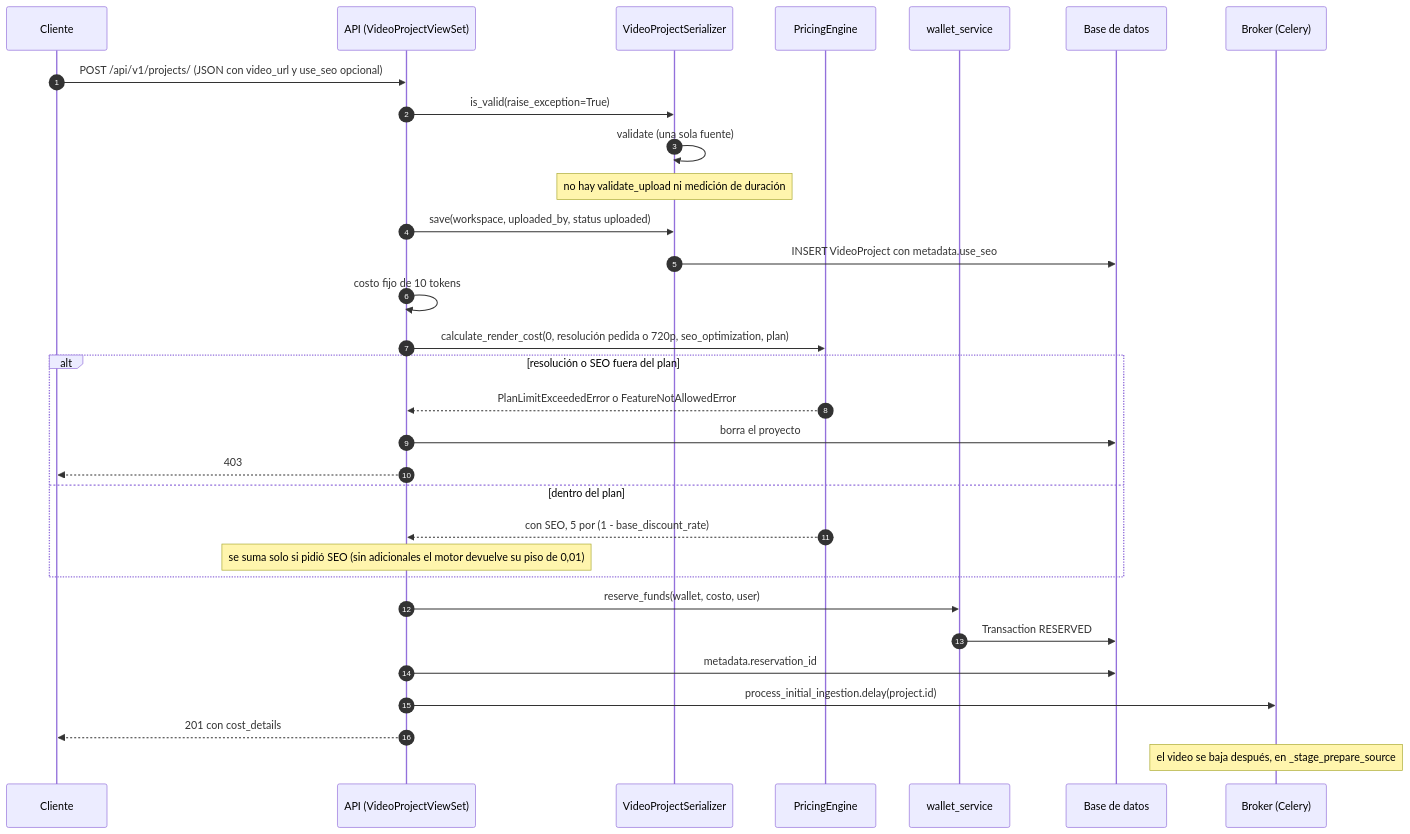
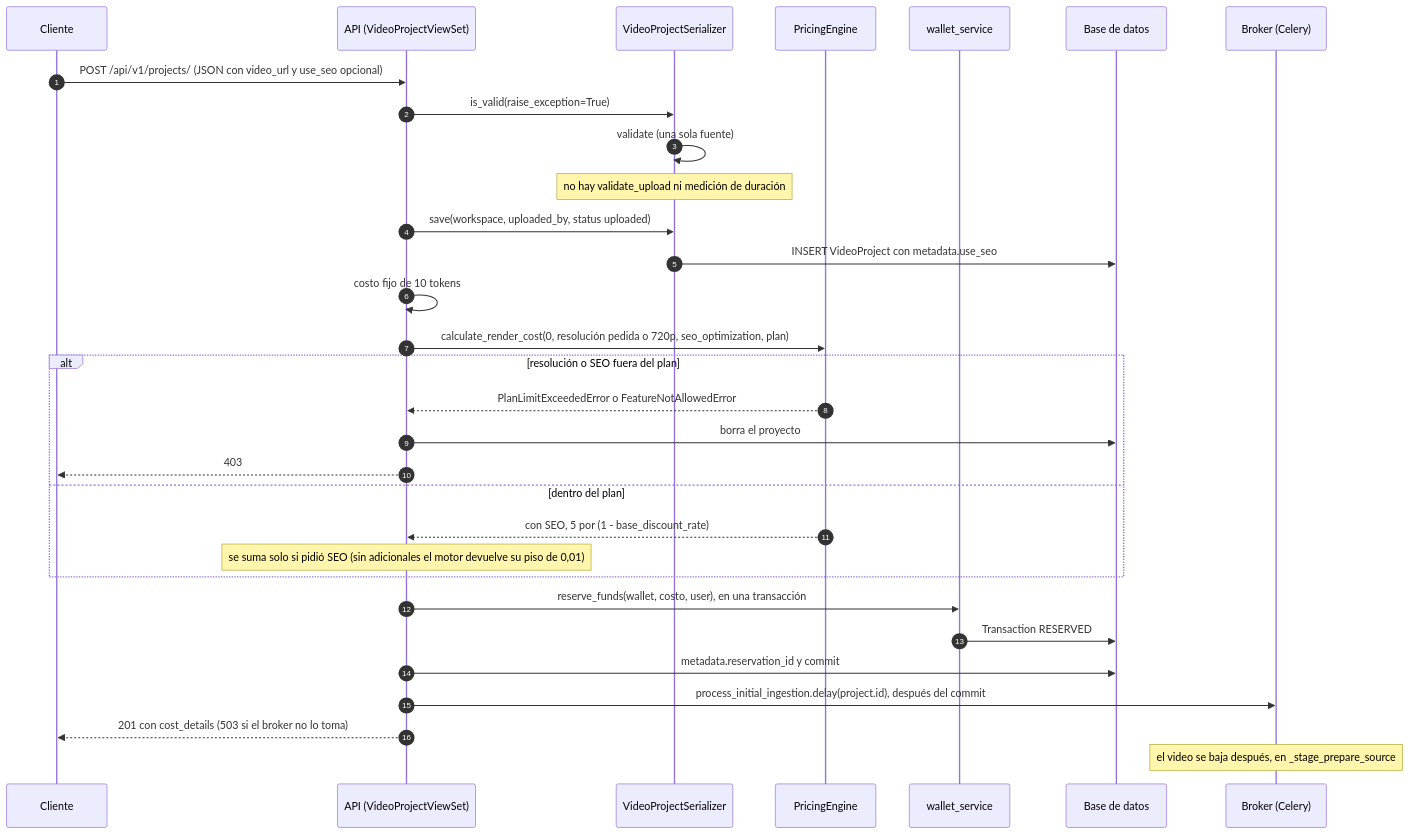
One commit to RomeKai/videoeditUTN changed the second of 4 diagrams in documents/ia/01-creacion-de-proyecto.md. Above: the diagram before and after it, drawn with Mermaid. The commit also changed other lines of this file and 14 other files, not shown here.

````diff
--- a/documents/ia/01-creacion-de-proyecto.md
+++ b/documents/ia/01-creacion-de-proyecto.md
@@ -141,34 +154,34 @@
 ```mermaid
 sequenceDiagram
     autonumber
     participant C as Cliente
     participant API as API (VideoProjectViewSet)
     participant SER as VideoProjectSerializer
     participant PE as PricingEngine
     participant WS as wallet_service
     participant DB as Base de datos
     participant Q as Broker (Celery)
 
     C->>API: POST /api/v1/projects/ (JSON con video_url y use_seo opcional)
     API->>SER: is_valid(raise_exception=True)
     SER->>SER: validate (una sola fuente)
     Note over SER: no hay validate_upload ni medición de duración
     API->>SER: save(workspace, uploaded_by, status uploaded)
     SER->>DB: INSERT VideoProject con metadata.use_seo
     API->>API: costo fijo de 10 tokens
     API->>PE: calculate_render_cost(0, resolución pedida o 720p, seo_optimization, plan)
     alt resolución o SEO fuera del plan
         PE-->>API: PlanLimitExceededError o FeatureNotAllowedError
         API->>DB: borra el proyecto
         API-->>C: 403
     else dentro del plan
         PE-->>API: con SEO, 5 por (1 - base_discount_rate)
         Note over API: se suma solo si pidió SEO (sin adicionales el motor devuelve su piso de 0,01)
     end
-    API->>WS: reserve_funds(wallet, costo, user)
+    API->>WS: reserve_funds(wallet, costo, user), en una transacción
     WS->>DB: Transaction RESERVED
-    API->>DB: metadata.reservation_id
-    API->>Q: process_initial_ingestion.delay(project.id)
-    API-->>C: 201 con cost_details
+    API->>DB: metadata.reservation_id y commit
+    API->>Q: process_initial_ingestion.delay(project.id), después del commit
+    API-->>C: 201 con cost_details (503 si el broker no lo toma)
     Note over Q: el video se baja después, en _stage_prepare_source
 ```
````
